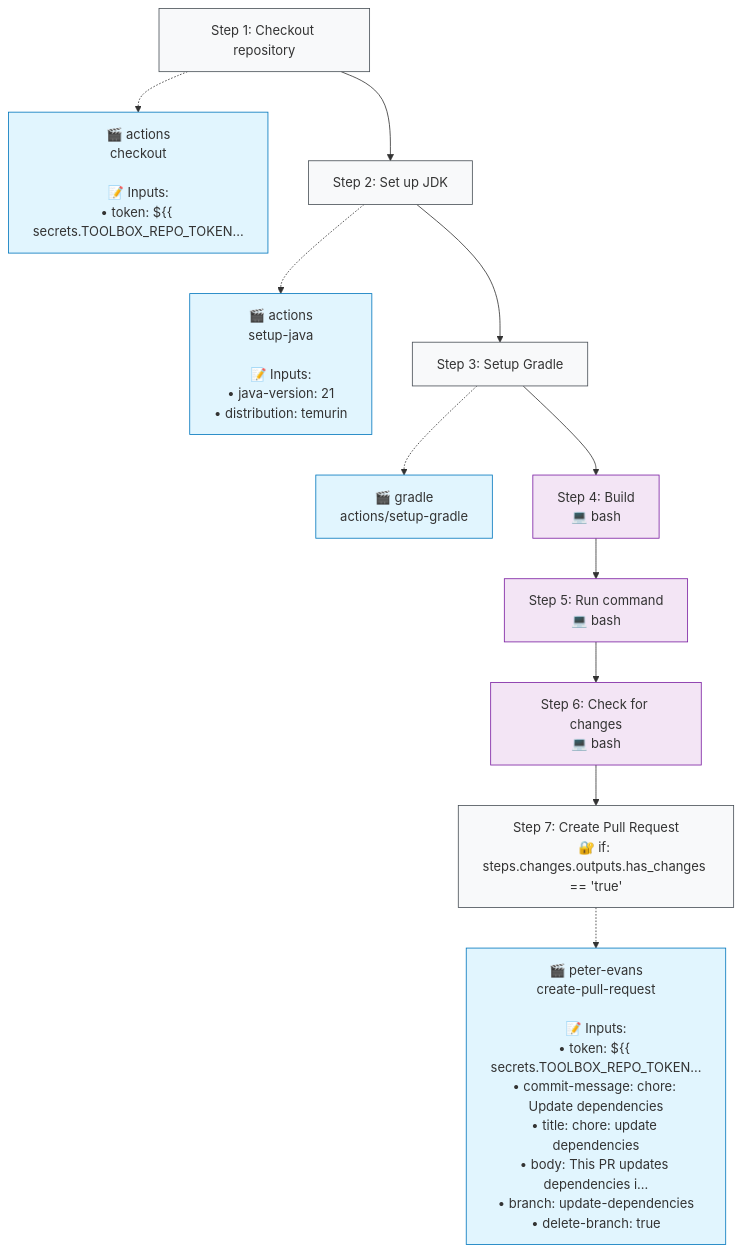
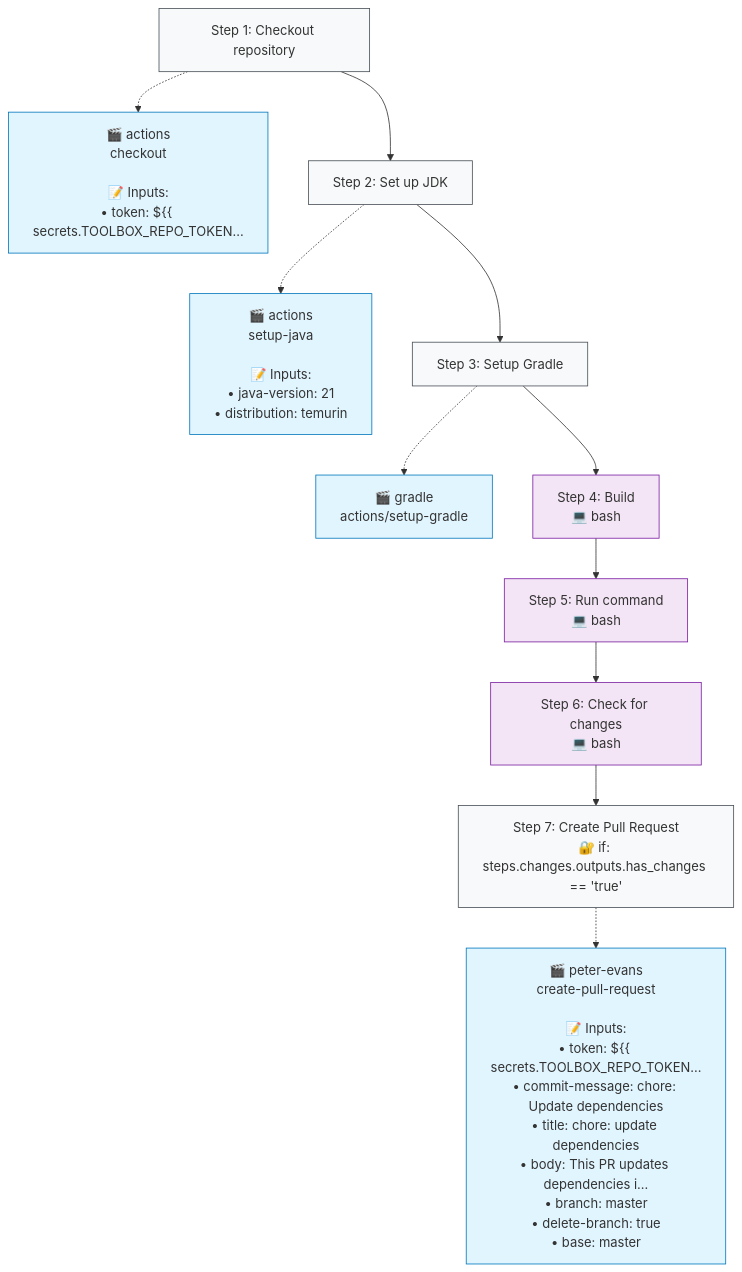
The second of 2 diagrams in .github/typeflows/update-dependencies/README.md (http4k/www), drawn with Mermaid before and after one commit. The commit also changed 5 other files, not shown here.

````diff
--- a/.github/typeflows/update-dependencies/README.md
+++ b/.github/typeflows/update-dependencies/README.md
@@ -24,36 +24,36 @@
 ```mermaid
 %%{init: {"flowchart": {"curve": "basis"}}}%%
 flowchart TD
     step1["Step 1: Checkout repository"]
     style step1 fill:#f8f9fa,stroke:#495057
     action1["🎬 actions<br/>checkout<br/><br/>📝 Inputs:<br/>• token: ${{ secrets.TOOLBOX_REPO_TOKEN..."]
     style action1 fill:#e1f5fe,stroke:#0277bd
     step1 -.-> action1
     step2["Step 2: Set up JDK"]
     style step2 fill:#f8f9fa,stroke:#495057
     action2["🎬 actions<br/>setup-java<br/><br/>📝 Inputs:<br/>• java-version: 21<br/>• distribution: temurin"]
     style action2 fill:#e1f5fe,stroke:#0277bd
     step2 -.-> action2
     step1 --> step2
     step3["Step 3: Setup Gradle"]
     style step3 fill:#f8f9fa,stroke:#495057
     action3["🎬 gradle<br/>actions/setup-gradle"]
     style action3 fill:#e1f5fe,stroke:#0277bd
     step3 -.-> action3
     step2 --> step3
     step4["Step 4: Build<br/>💻 bash"]
     style step4 fill:#f3e5f5,stroke:#7b1fa2
     step3 --> step4
     step5["Step 5: Run command<br/>💻 bash"]
     style step5 fill:#f3e5f5,stroke:#7b1fa2
     step4 --> step5
     step6["Step 6: Check for changes<br/>💻 bash"]
     style step6 fill:#f3e5f5,stroke:#7b1fa2
     step5 --> step6
     step7["Step 7: Create Pull Request<br/>🔐 if: steps.changes.outputs.has_changes == 'true'"]
     style step7 fill:#f8f9fa,stroke:#495057
-    action7["🎬 peter-evans<br/>create-pull-request<br/><br/>📝 Inputs:<br/>• token: ${{ secrets.TOOLBOX_REPO_TOKEN...<br/>• commit-message: chore: Update dependencies<br/>• title: chore: update dependencies<br/>• body: This PR updates dependencies i...<br/>• branch: update-dependencies<br/>• delete-branch: true"]
+    action7["🎬 peter-evans<br/>create-pull-request<br/><br/>📝 Inputs:<br/>• token: ${{ secrets.TOOLBOX_REPO_TOKEN...<br/>• commit-message: chore: Update dependencies<br/>• title: chore: update dependencies<br/>• body: This PR updates dependencies i...<br/>• branch: master<br/>• delete-branch: true<br/>• base: master"]
     style action7 fill:#e1f5fe,stroke:#0277bd
     step7 -.-> action7
     step6 --> step7
 ```
````
